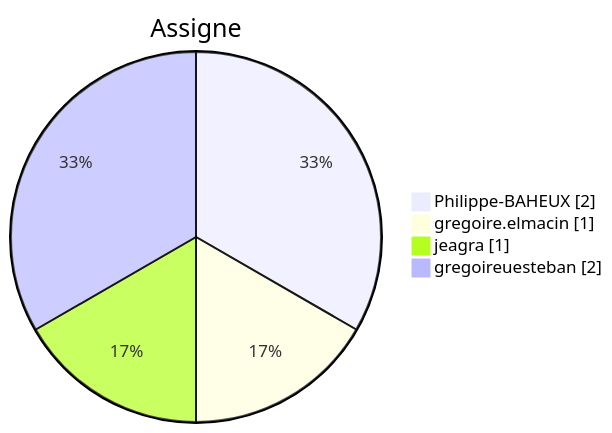
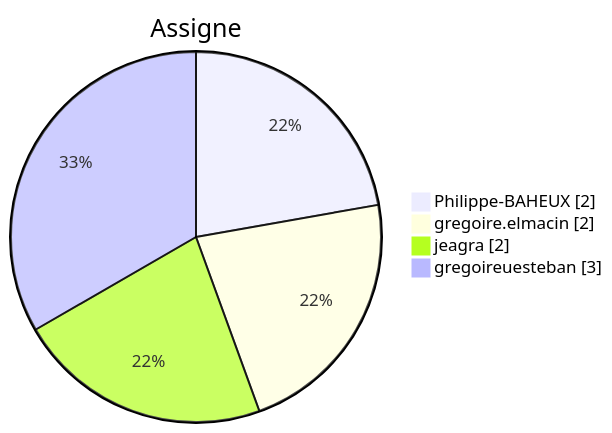
Before and after one commit to Gooseppr/GevOps_LC: the sixth of 7 diagrams in modules/M42_projet-board-J02.md, drawn with Mermaid. The commit also changed other lines of this file, not shown here.

````diff
--- a/modules/M42_projet-board-J02.md
+++ b/modules/M42_projet-board-J02.md
@@ -99,8 +99,8 @@
 ```mermaid
 pie showData
     title Assigne
     "Philippe-BAHEUX" : 2
-    "gregoire.elmacin" : 1
-    "jeagra" : 1
-    "gregoireuesteban" : 2
+    "gregoire.elmacin" : 2
+    "jeagra" : 2
+    "gregoireuesteban" : 3
 ```
````
